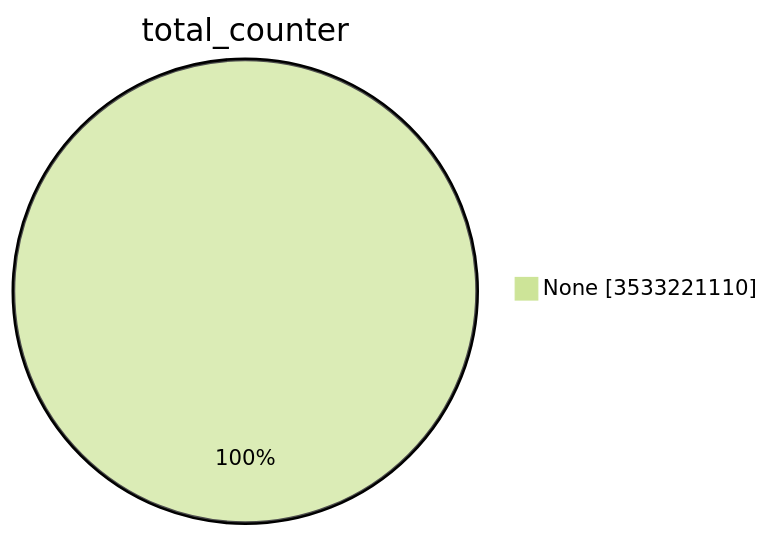
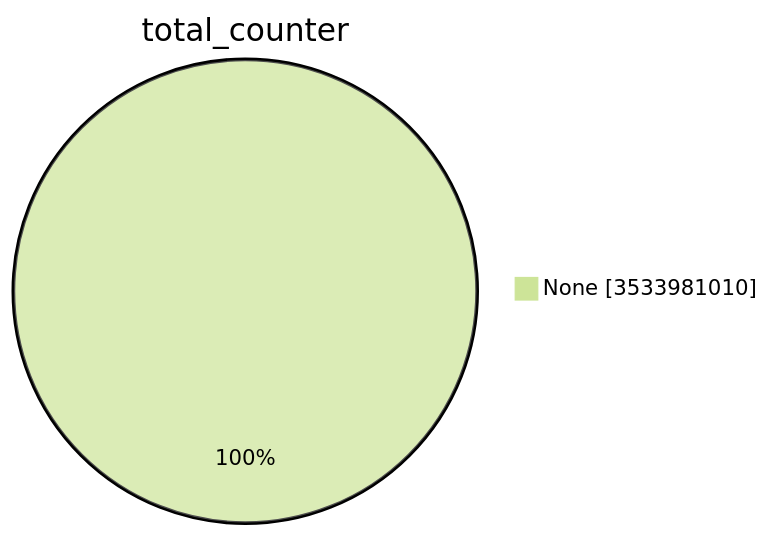
The first of 15 diagrams in TOTAL/README.md (christiankrug/ctmonitor_visualization), drawn with Mermaid (forest theme) before and after one commit. The commit also changed other lines of this file, not shown here.

````diff
--- a/TOTAL/README.md
+++ b/TOTAL/README.md
@@ -1,5 +1,5 @@
 ```mermaid
 pie showData
 title total_counter
-"None" :3533221110
+"None" :3533981010
 ```
````
